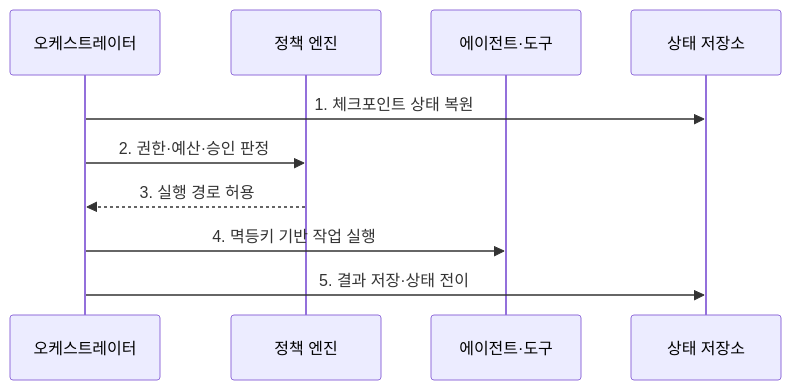
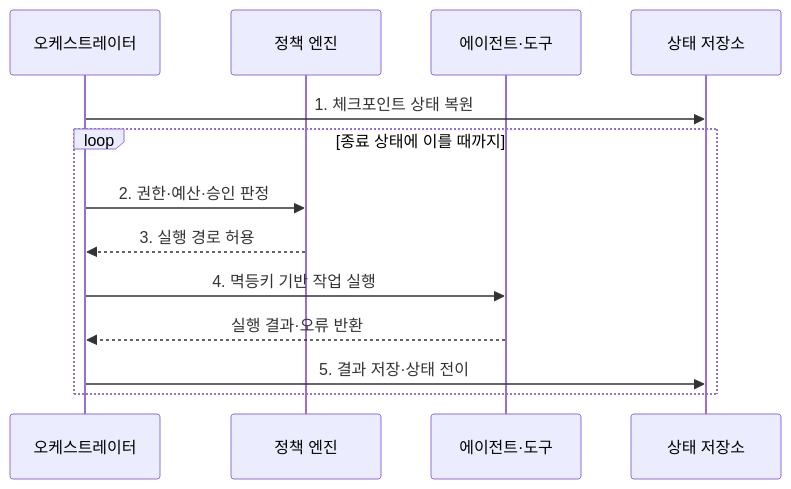
Before and after one commit to agnusdei1207/knowledge-base: the second of 2 diagrams in src/content/docs/notes/08-latest-tech/014_agent_orchestration.md, drawn with Mermaid. The commit also changed other lines of this file and 225 other files, not shown here.

````diff
--- a/src/content/docs/notes/08-latest-tech/014_agent_orchestration.md
+++ b/src/content/docs/notes/08-latest-tech/014_agent_orchestration.md
@@ -81,12 +81,15 @@
 ```mermaid
 sequenceDiagram
     participant O as 오케스트레이터
     participant P as 정책 엔진
     participant X as 에이전트·도구
     participant S as 상태 저장소
     O->>S: 1. 체크포인트 상태 복원
-    O->>P: 2. 권한·예산·승인 판정
-    P-->>O: 3. 실행 경로 허용
-    O->>X: 4. 멱등키 기반 작업 실행
-    O->>S: 5. 결과 저장·상태 전이
+    loop 종료 상태에 이를 때까지
+        O->>P: 2. 권한·예산·승인 판정
+        P-->>O: 3. 실행 경로 허용
+        O->>X: 4. 멱등키 기반 작업 실행
+        X-->>O: 실행 결과·오류 반환
+        O->>S: 5. 결과 저장·상태 전이
+    end
 ```
````
